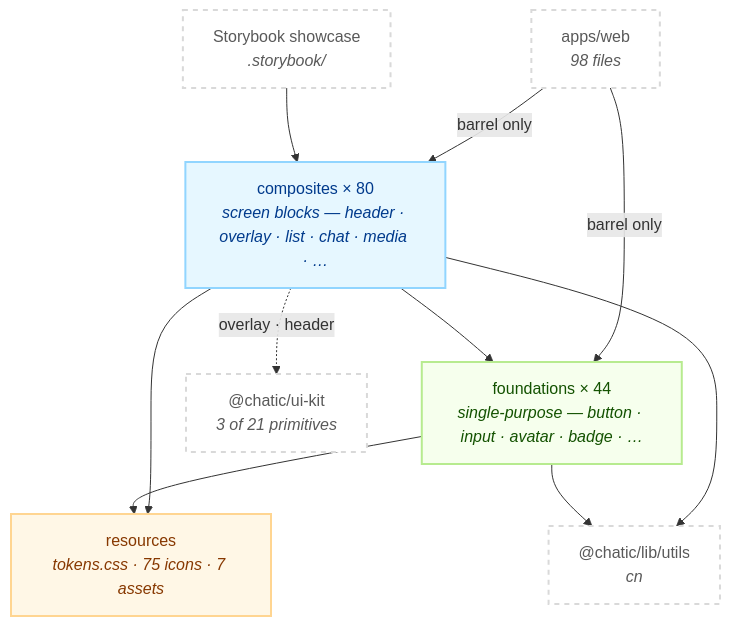
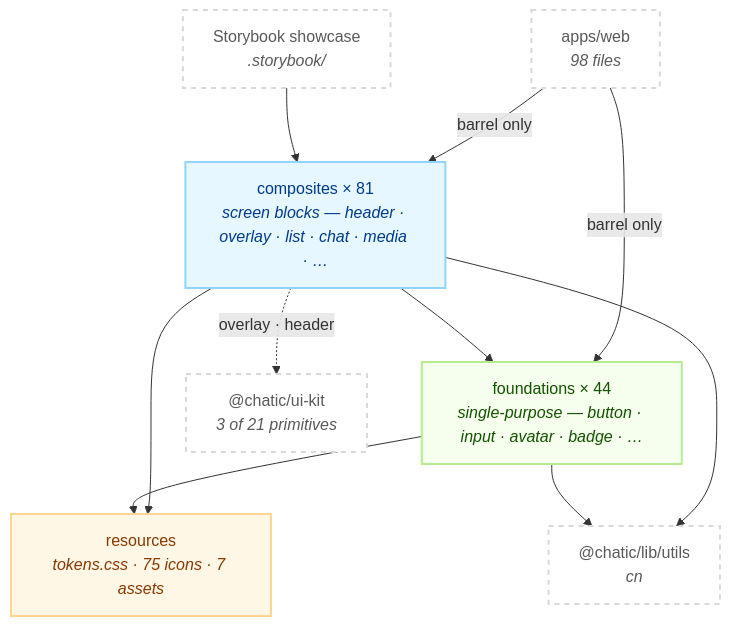
Before and after one commit to lemoncloud-io/dou-app: the first of 2 diagrams in libs/web-ui-kit/README.md, drawn with Mermaid. The commit also changed other lines of this file and 5 other files, not shown here.

````diff
--- a/libs/web-ui-kit/README.md
+++ b/libs/web-ui-kit/README.md
@@ -116,27 +116,27 @@
 ```mermaid
 flowchart TD
     classDef comp fill:#e6f7ff,stroke:#91d5ff,stroke-width:2px,color:#003a8c;
     classDef found fill:#f6ffed,stroke:#b7eb8f,stroke-width:2px,color:#135200;
     classDef res fill:#fff7e6,stroke:#ffd591,stroke-width:2px,color:#873800;
     classDef ext fill:#ffffff,stroke:#d9d9d9,stroke-width:2px,color:#595959,stroke-dasharray: 5 5;
 
     App["apps/web<br/><i>98 files</i>"]:::ext
     SB["Storybook showcase<br/><i>.storybook/</i>"]:::ext
 
-    C["composites × 80<br/><i>screen blocks — header · overlay · list · chat · media · …</i>"]:::comp
+    C["composites × 81<br/><i>screen blocks — header · overlay · list · chat · media · …</i>"]:::comp
     F["foundations × 44<br/><i>single-purpose — button · input · avatar · badge · …</i>"]:::found
     R["resources<br/><i>tokens.css · 75 icons · 7 assets</i>"]:::res
 
     UK["@chatic/ui-kit<br/><i>3 of 21 primitives</i>"]:::ext
     CN["@chatic/lib/utils<br/><i>cn</i>"]:::ext
 
     App -->|"barrel only"| C
     App -->|"barrel only"| F
     SB --> C
     C --> F
     C --> R
     F --> R
     C -.->|"overlay · header"| UK
     C --> CN
     F --> CN
 ```
````
